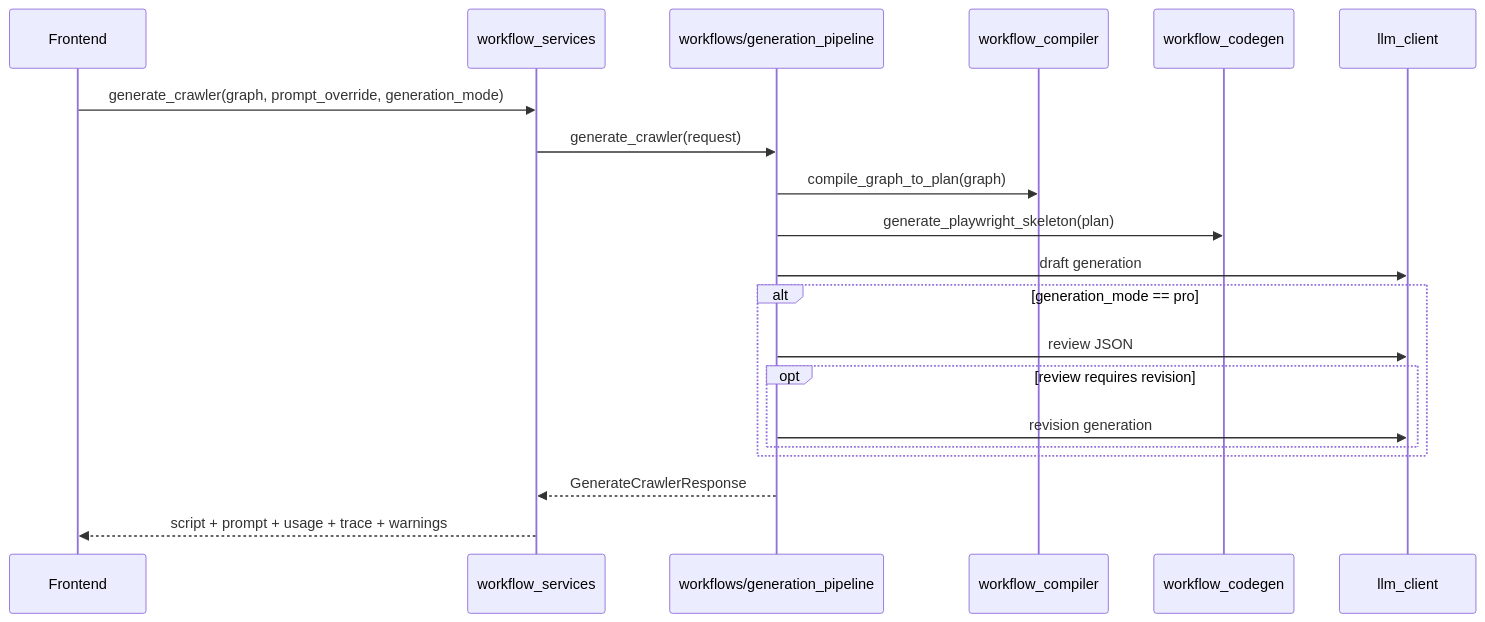
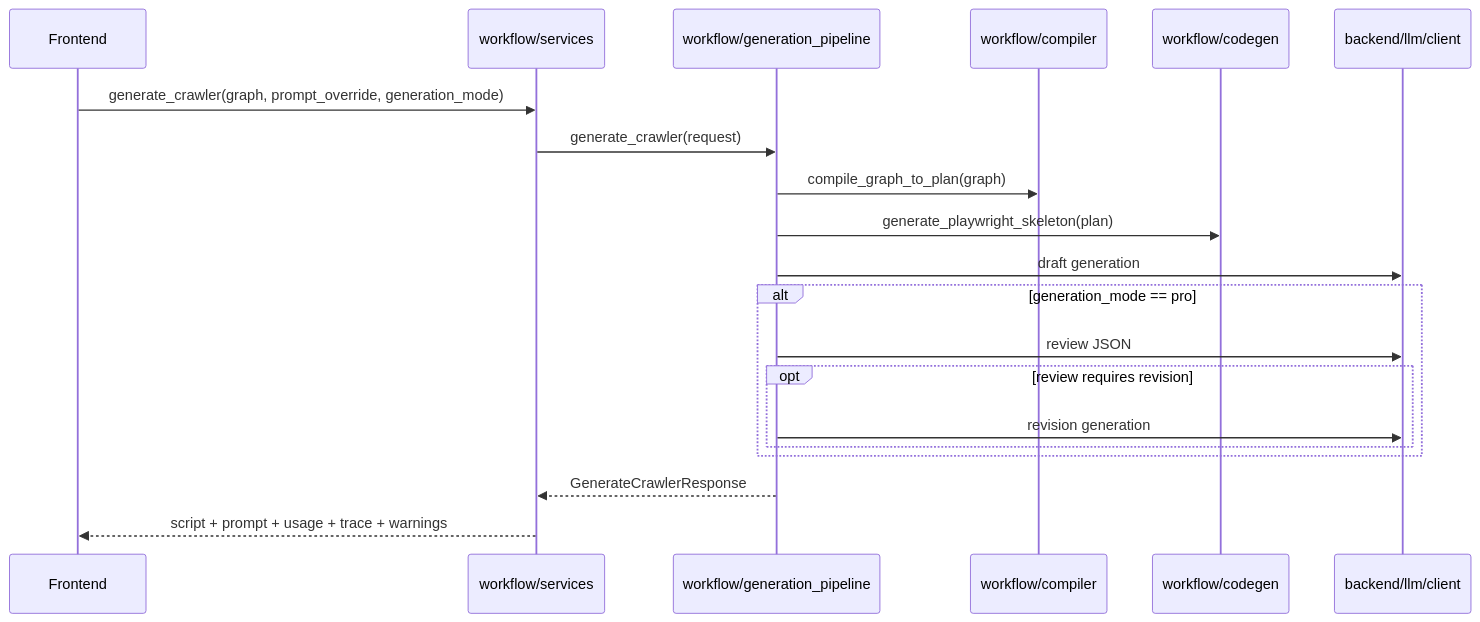
Before and after one commit to tuisemo/crawler-pipeline-builder: the second of 2 diagrams in docs/technical-guide.md, drawn with Mermaid. The commit also changed other lines of this file and 130 other files, not shown here.

````diff
--- a/docs/technical-guide.md
+++ b/docs/technical-guide.md
@@ -303,23 +303,23 @@
 ```mermaid
 sequenceDiagram
     participant UI as Frontend
-    participant WS as workflow_services
-    participant GP as workflows/generation_pipeline
-    participant WC as workflow_compiler
-    participant CG as workflow_codegen
-    participant LLM as llm_client
+    participant WS as workflow/services
+    participant GP as workflow/generation_pipeline
+    participant WC as workflow/compiler
+    participant CG as workflow/codegen
+    participant LLM as backend/llm/client
 
     UI->>WS: generate_crawler(graph, prompt_override, generation_mode)
     WS->>GP: generate_crawler(request)
     GP->>WC: compile_graph_to_plan(graph)
     GP->>CG: generate_playwright_skeleton(plan)
     GP->>LLM: draft generation
     alt generation_mode == pro
         GP->>LLM: review JSON
         opt review requires revision
             GP->>LLM: revision generation
         end
     end
     GP-->>WS: GenerateCrawlerResponse
     WS-->>UI: script + prompt + usage + trace + warnings
 ```
````
